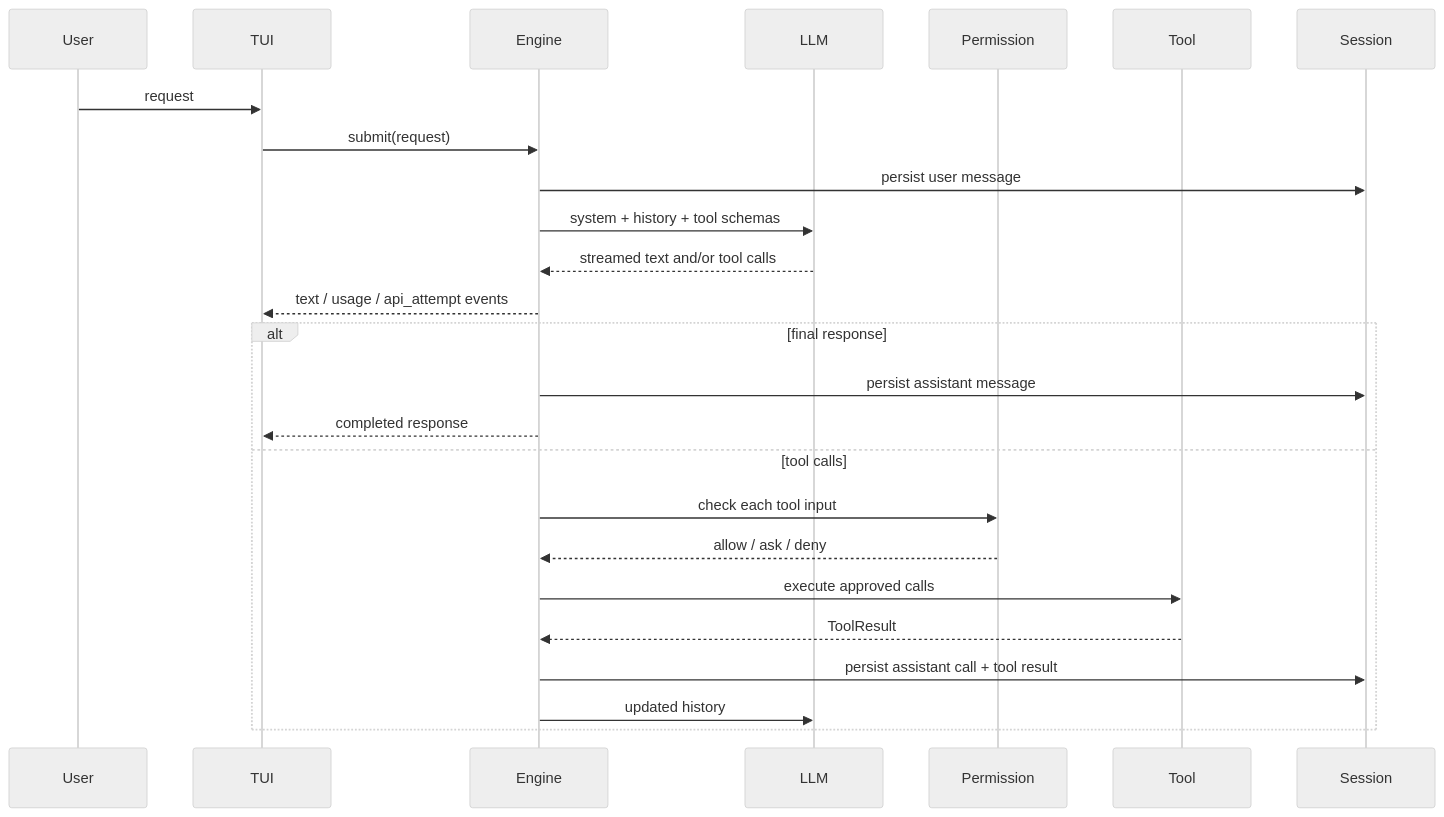
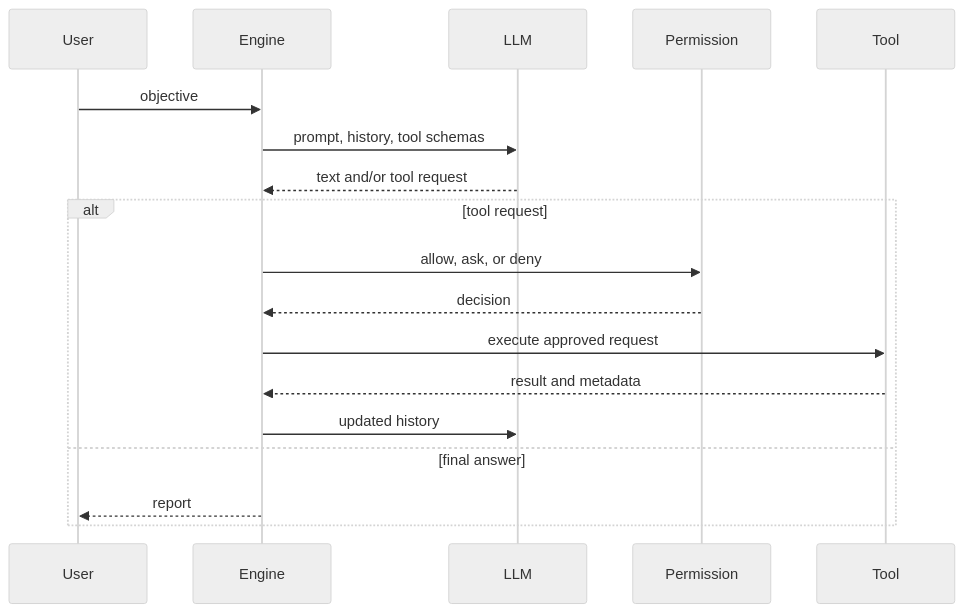
Before and after one commit to Stephen-SMJ/AutoXRD: the second of 2 diagrams in framework.md, drawn with Mermaid (neutral theme). The commit also changed other lines of this file and 55 other files, not shown here.

````diff
--- a/framework.md
+++ b/framework.md
@@ -134,29 +102,21 @@
 ```mermaid
 sequenceDiagram
     participant User
-    participant TUI
     participant Engine
     participant LLM
     participant Permission
     participant Tool
-    participant Session
 
-    User->>TUI: request
-    TUI->>Engine: submit(request)
-    Engine->>Session: persist user message
-    Engine->>LLM: system + history + tool schemas
-    LLM-->>Engine: streamed text and/or tool calls
-    Engine-->>TUI: text / usage / api_attempt events
-
-    alt final response
-        Engine->>Session: persist assistant message
-        Engine-->>TUI: completed response
-    else tool calls
-        Engine->>Permission: check each tool input
-        Permission-->>Engine: allow / ask / deny
-        Engine->>Tool: execute approved calls
-        Tool-->>Engine: ToolResult
-        Engine->>Session: persist assistant call + tool result
+    User->>Engine: objective
+    Engine->>LLM: prompt, history, tool schemas
+    LLM-->>Engine: text and/or tool request
+    alt tool request
+        Engine->>Permission: allow, ask, or deny
+        Permission-->>Engine: decision
+        Engine->>Tool: execute approved request
+        Tool-->>Engine: result and metadata
         Engine->>LLM: updated history
+    else final answer
+        Engine-->>User: report
     end
 ```
````
